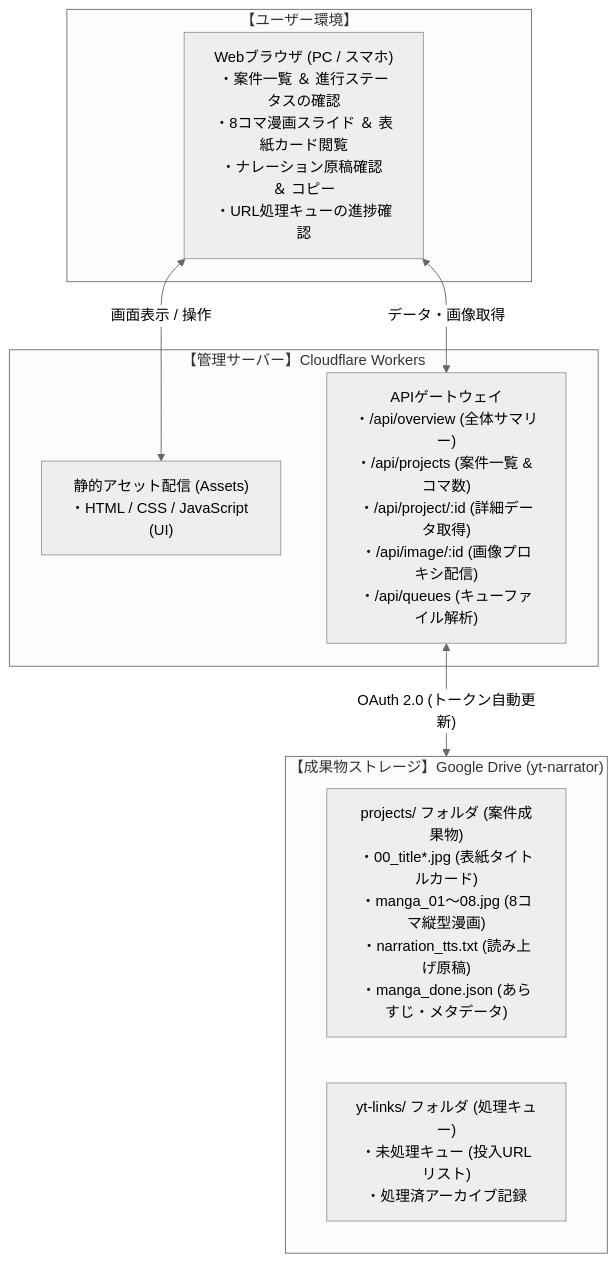
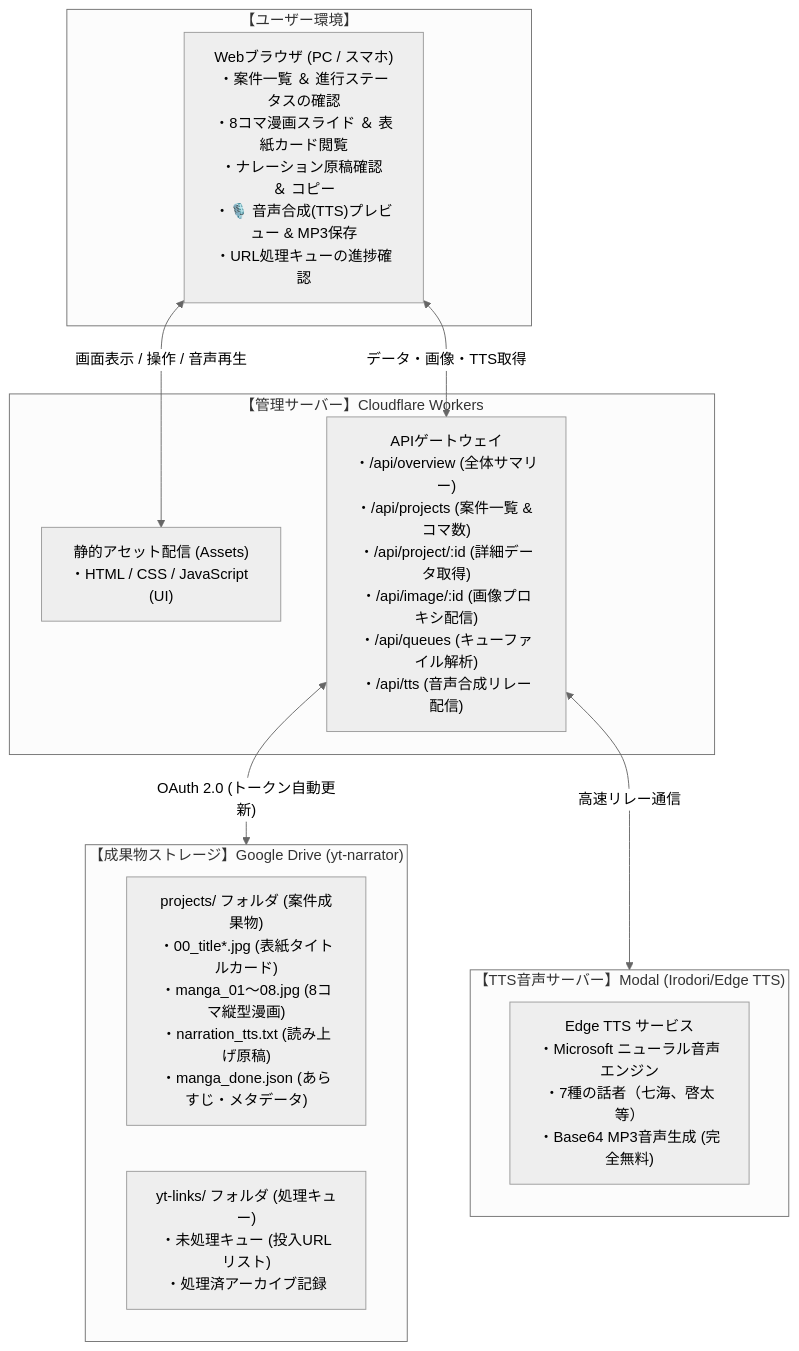
Before and after one commit to ohapee/yt-narrator-dashboard: the diagram in README.md, drawn with Mermaid (neutral theme). The commit also changed other lines of this file and 4 other files, not shown here.

````diff
--- a/README.md
+++ b/README.md
@@ -22,20 +22,25 @@
 ```mermaid
 flowchart TD
     subgraph Client["【ユーザー環境】"]
-        Browser["Webブラウザ (PC / スマホ)\n・案件一覧 ＆ 進行ステータスの確認\n・8コマ漫画スライド ＆ 表紙カード閲覧\n・ナレーション原稿確認 ＆ コピー\n・URL処理キューの進捗確認"]
+        Browser["Webブラウザ (PC / スマホ)\n・案件一覧 ＆ 進行ステータスの確認\n・8コマ漫画スライド ＆ 表紙カード閲覧\n・ナレーション原稿確認 ＆ コピー\n・🎙️ 音声合成(TTS)プレビュー & MP3保存\n・URL処理キューの進捗確認"]
     end
 
     subgraph Cloudflare["【管理サーバー】Cloudflare Workers"]
         CF_Static["静的アセット配信 (Assets)\n・HTML / CSS / JavaScript (UI)"]
-        CF_API["APIゲートウェイ\n・/api/overview (全体サマリー)\n・/api/projects (案件一覧 & コマ数)\n・/api/project/:id (詳細データ取得)\n・/api/image/:id (画像プロキシ配信)\n・/api/queues (キューファイル解析)"]
+        CF_API["APIゲートウェイ\n・/api/overview (全体サマリー)\n・/api/projects (案件一覧 & コマ数)\n・/api/project/:id (詳細データ取得)\n・/api/image/:id (画像プロキシ配信)\n・/api/queues (キューファイル解析)\n・/api/tts (音声合成リレー配信)"]
     end
 
     subgraph GoogleDrive["【成果物ストレージ】Google Drive (yt-narrator)"]
         ProjectsFolder["projects/ フォルダ (案件成果物)\n・00_title*.jpg (表紙タイトルカード)\n・manga_01〜08.jpg (8コマ縦型漫画)\n・narration_tts.txt (読み上げ原稿)\n・manga_done.json (あらすじ・メタデータ)"]
         LinksFolder["yt-links/ フォルダ (処理キュー)\n・未処理キュー (投入URLリスト)\n・処理済アーカイブ記録"]
     end
 
-    Browser <-->|"画面表示 / 操作"| CF_Static
-    Browser <-->|"データ・画像取得"| CF_API
+    subgraph ModalTTS["【TTS音声サーバー】Modal (Irodori/Edge TTS)"]
+        TTS_API["Edge TTS サービス\n・Microsoft ニューラル音声エンジン\n・7種の話者（七海、啓太等）\n・Base64 MP3音声生成 (完全無料)"]
+    end
+
+    Browser <-->|"画面表示 / 操作 / 音声再生"| CF_Static
+    Browser <-->|"データ・画像・TTS取得"| CF_API
     CF_API <-->|"OAuth 2.0 (トークン自動更新)"| GoogleDrive
+    CF_API <-->|"高速リレー通信"| ModalTTS
 ```
````
